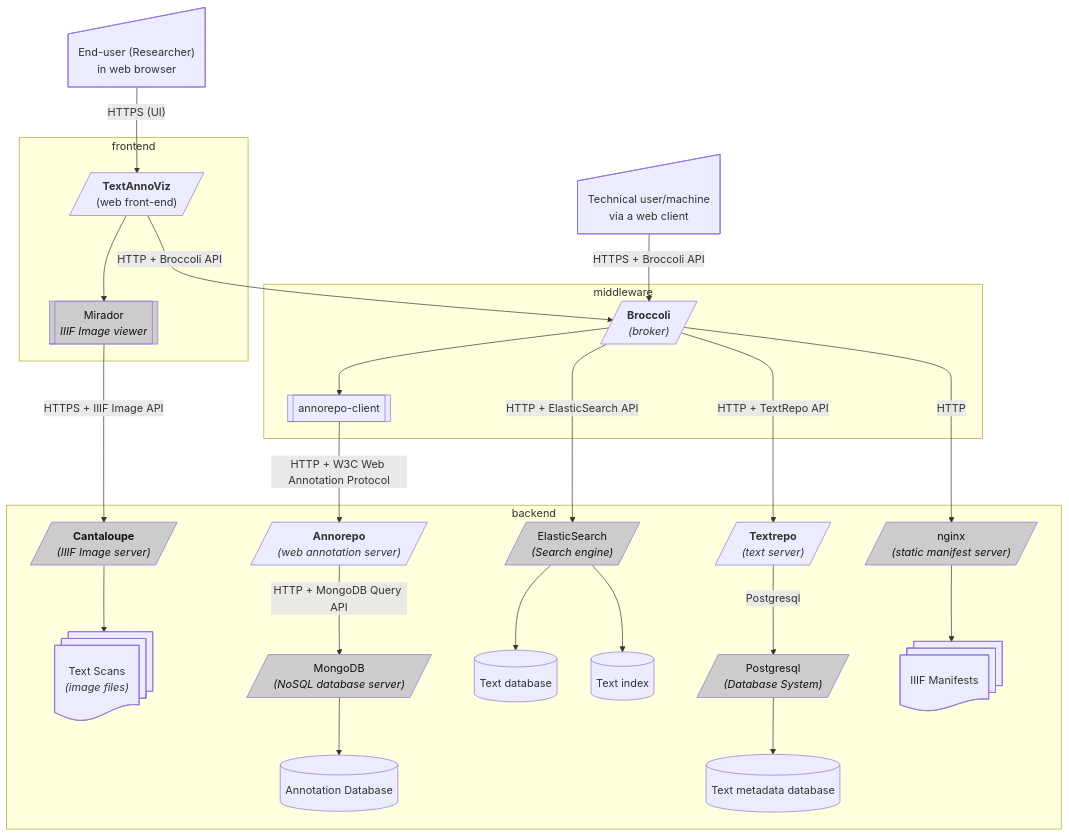
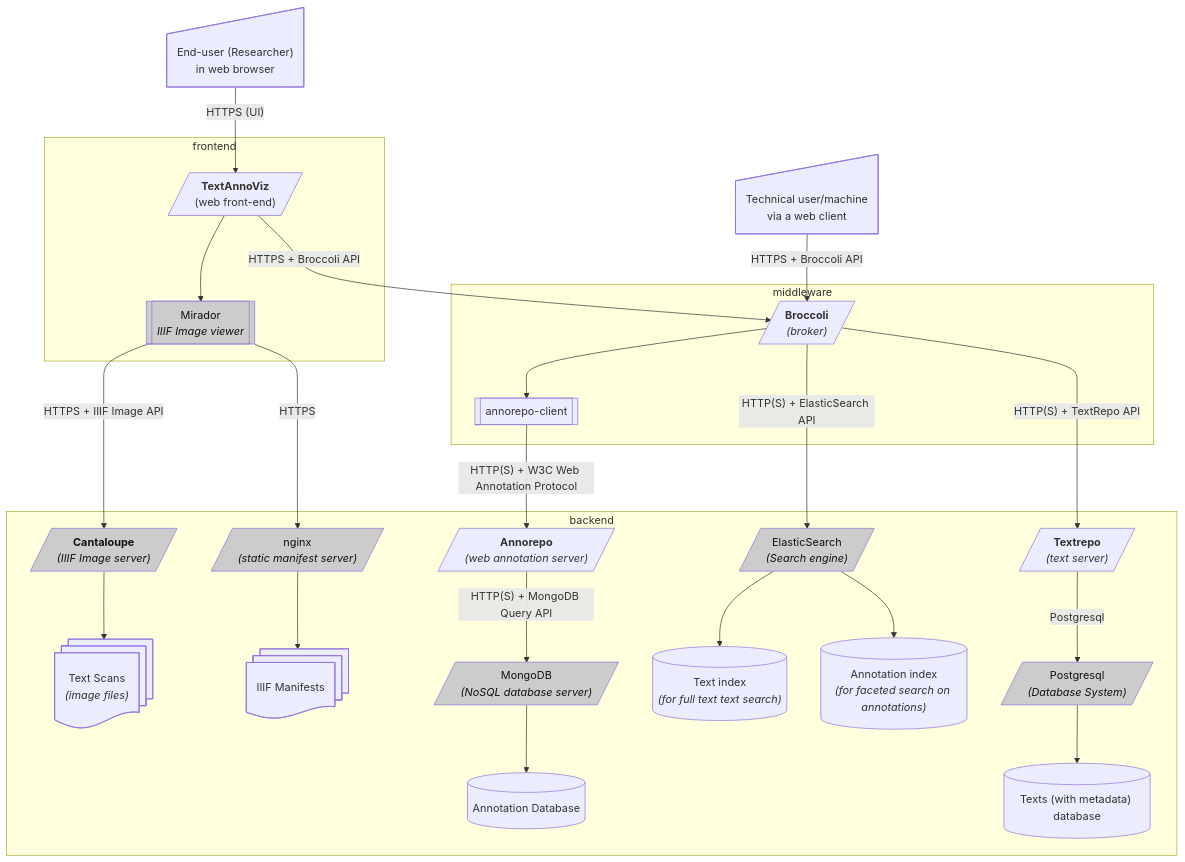
The first of 3 diagrams in README.md (knaw-huc/tt-architecture), drawn with Mermaid before and after one commit. The commit also changed other lines of this file, not shown here.

Commit message:
processed further feedback

````diff
--- a/README.md
+++ b/README.md
@@ -9,70 +9,69 @@
 ```{.mermaid format=svg}
 flowchart TD
 
 
     user@{ shape: sl-rect, label: "End-user (Researcher)<br>in web browser"}
     user -- "HTTPS (UI)" --> textannoviz
     subgraph frontend
         textannoviz[/"<b>TextAnnoViz</b><br>(web front-end)"/]
         mirador@{shape: subproc, label: "Mirador<br><i>IIIF Image viewer</i>"}
         textannoviz --> mirador
     end
 
     techuser@{ shape: sl-rect, label: "Technical user/machine<br>via a web client"}
 
     techuser -- "HTTPS + Broccoli API" --> broccoli
     subgraph middleware
-        textannoviz -- "HTTP + Broccoli API" --> broccoli
+        textannoviz -- "HTTPS + Broccoli API" --> broccoli
         broccoli[/"<b>Broccoli</b><br><i>(broker)</i>"/]
 
         broccoli_annorepoclient@{shape: subproc, label: "annorepo-client"}
         broccoli --> broccoli_annorepoclient 
     end
 
 
     subgraph backend
     
         annorepo[/"<b>Annorepo</b><br><i>(web annotation server)</i>"/]
         mongodb[/"MongoDB<br><i>(NoSQL database server)</i>"/]
         annorepo_db[("Annotation Database")]
-        annorepo -- "HTTP + MongoDB Query API" --> mongodb --> annorepo_db
+        annorepo -- "HTTP(S) + MongoDB Query API" --> mongodb --> annorepo_db
 
-        textindex[("Text index")]
-        texts@{ shape: database, label: "Text database"}
+        textindex[("Text index<br><i>(for full text text search)</i>")]
+        annotationindex[("Annotation index<br><i>(for faceted search on annotations)</i>")]
+
         textscans@{ shape: docs, label: "Text Scans<br><i>(image files)</i>"}
-        textmetadb@{ shape: database, label: "Text metadata database"}
+        textdb@{ shape: database, label: "Texts (with metadata) database"}
 
         textrepo[/"<b>Textrepo</b><br><i>(text server)</i>"/]
         postgresql[/"Postgresql<br><i>(Database System)</i>"/]
         elasticsearch[/"ElasticSearch<br><i>(Search engine)</i>"/]
 
         textrepo -- "Postgresql" --> postgresql
-        broccoli -- "HTTP + ElasticSearch API" --> elasticsearch
+        broccoli -- "HTTP(S) + ElasticSearch API" --> elasticsearch
 
-        elasticsearch --> texts
-        postgresql --> textmetadb
-
-
+        postgresql --> textdb
 
         cantaloupe[/"<b>Cantaloupe</b><br><i>(IIIF Image server)</i>"/]
         manifests@{ shape: docs, label: "IIIF Manifests"}
         cantaloupe --> textscans
 
-        broccoli_annorepoclient -- "HTTP + W3C Web Annotation Protocol" --> annorepo
-        broccoli -- "HTTP + TextRepo API" --> textrepo
-        broccoli -- "HTTP" --> manifest_server
+        broccoli_annorepoclient -- "HTTP(S) + W3C Web Annotation Protocol" --> annorepo
+        broccoli -- "HTTP(S) + TextRepo API" --> textrepo
 
         manifest_server[/"nginx<br><i>(static manifest server)</i>"/]
         manifest_server --> manifests
 
 
         elasticsearch --> textindex
+        elasticsearch --> annotationindex
 
 
         mirador -- "HTTPS + IIIF Image API" --> cantaloupe
+        mirador -- "HTTPS" --> manifest_server
     end
 
 
     classDef thirdparty fill:#ccc,color:#111
     class cantaloupe,mongodb,elasticsearch,postgresql,mirador,manifest_server thirdparty
 ```
````
